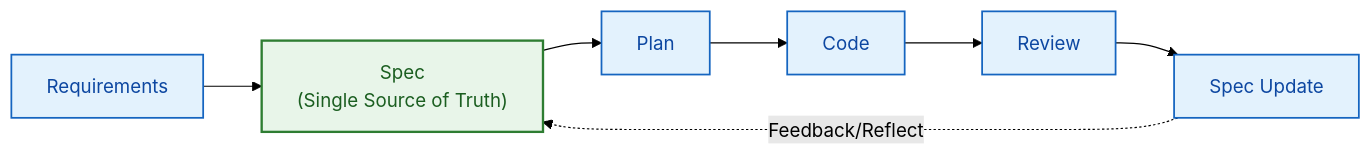
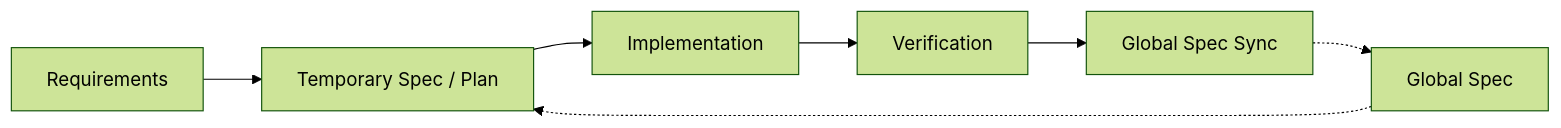
Before and after one commit to malfo-y/sdd-skills: the diagram in docs/en/SDD_WORKFLOW.md, drawn with Mermaid (forest theme). The commit also changed other lines of this file and 110 other files, not shown here.

````diff
--- a/docs/en/SDD_WORKFLOW.md
+++ b/docs/en/SDD_WORKFLOW.md
@@ -41,8 +182,9 @@
 ```mermaid
 flowchart LR
-    Req["Requirements"]:::step --> Spec["Spec<br/>(Single Source of Truth)"]:::spec --> Plan["Plan"]:::step --> Code["Code"]:::step --> Review["Review"]:::step --> Sync["Spec Update"]:::step
-    Sync -.->|"Feedback/Reflect"| Spec
-
-    classDef spec fill:#E8F5E9,stroke:#2E7D32,stroke-width:2px,color:#1B5E20;
-    classDef step fill:#E3F2FD,stroke:#1565C0,stroke-width:1.5px,color:#0D47A1;
+    Req["Requirements"] --> Draft["Temporary Spec / Plan"]
+    Draft --> Impl["Implementation"]
+    Impl --> Review["Verification"]
+    Review --> Sync["Global Spec Sync"]
+    Sync -.-> Ref["Global Spec"]
+    Ref -.-> Draft
 ```
````
